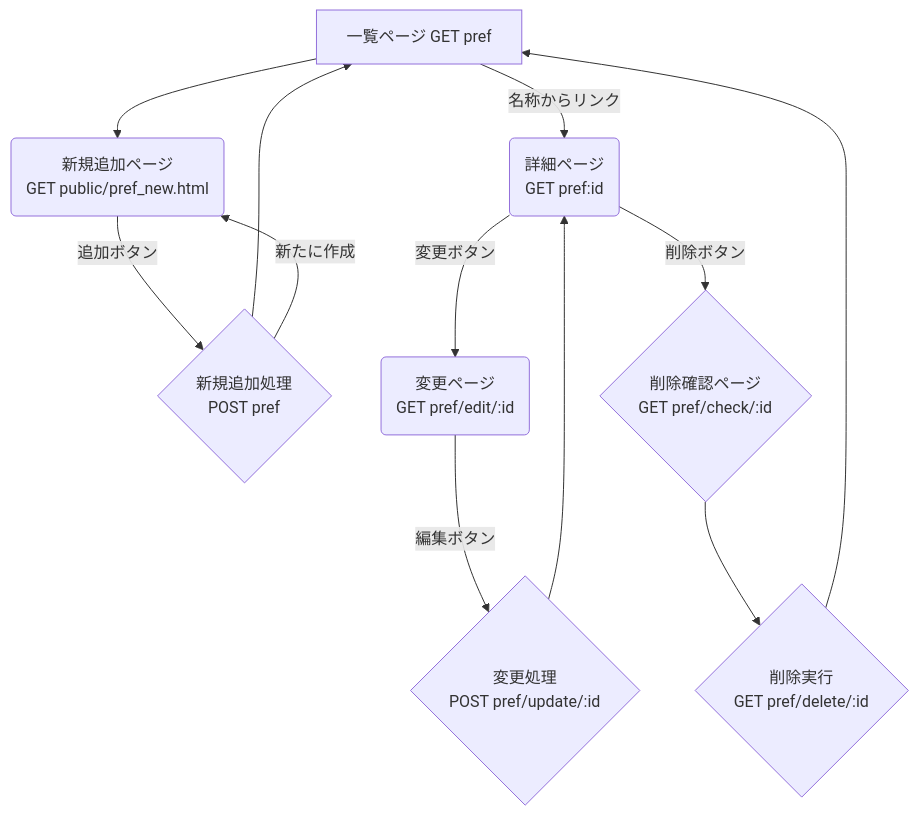
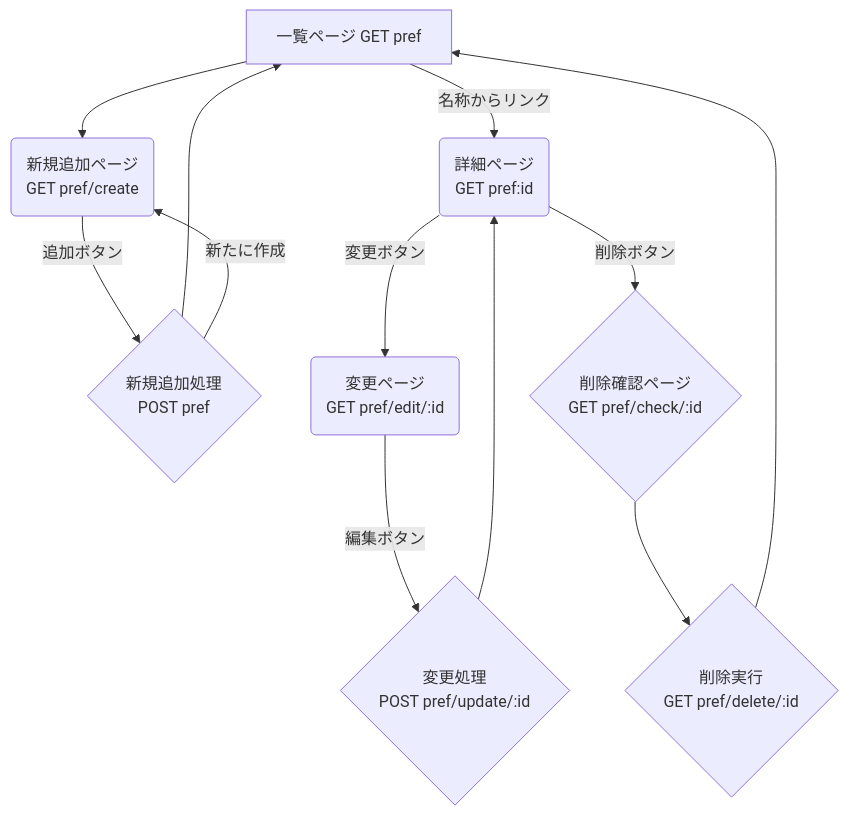
The diagram in document/fig/dev_pref/flowchart.md (crab2424/webpro_submit), drawn with Mermaid before and after one commit. The commit also changed 10 other files, not shown here.

````diff
--- a/document/fig/dev_pref/flowchart.md
+++ b/document/fig/dev_pref/flowchart.md
@@ -1,20 +1,20 @@
 ```mermaid
 graph TD
     A[一覧ページ GET pref] --> |名称からリンク|B(詳細ページ<br>GET pref:id);
-    A --> C(新規追加ページ<br>GET public/pref_new.html);
+    A --> C(新規追加ページ<br>GET pref/create);
 
     C --> |追加ボタン|D{新規追加処理<br>POST pref};
     D --> A;
     D --> |新たに作成|C;
 
     B --> |変更ボタン|E(変更ページ<br>GET pref/edit/:id);
     B --> |削除ボタン|F{削除確認ページ<br>GET pref/check/:id};
 
     E --> |編集ボタン|G{変更処理<br>POST pref/update/:id};
     F --> H{削除実行<br>GET pref/delete/:id};
 
     G --> B;
     H --> A;
 
 
 ```
````
